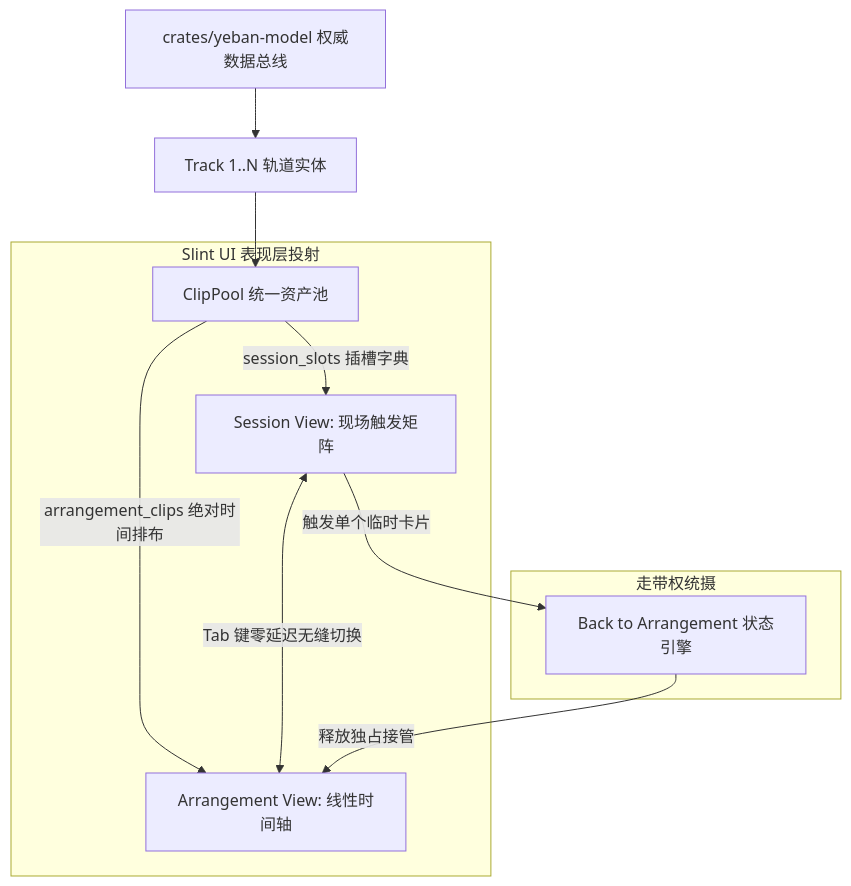
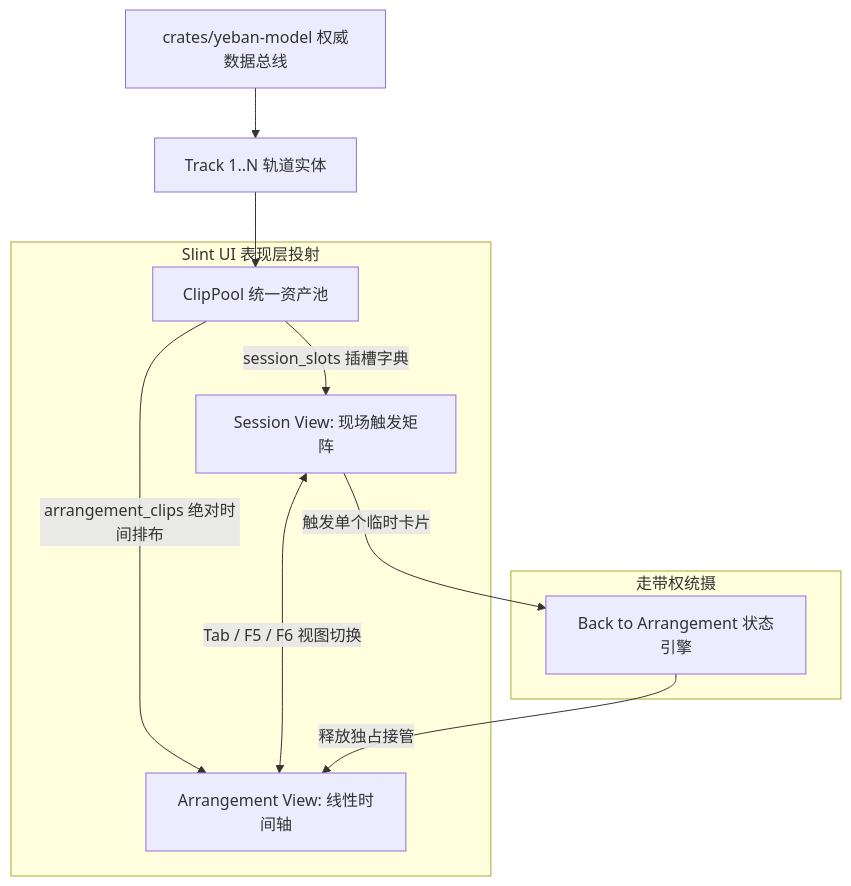
Before and after one commit to gradetwo/yeban: the first of 2 diagrams in GROOVE_V3_DESKTOP_UI_UX_AND_INTERACTION_REDESIGN.md, drawn with Mermaid. The commit also changed other lines of this file and 19 other files, not shown here.

````diff
--- a/GROOVE_V3_DESKTOP_UI_UX_AND_INTERACTION_REDESIGN.md
+++ b/GROOVE_V3_DESKTOP_UI_UX_AND_INTERACTION_REDESIGN.md
@@ -90,18 +108,18 @@
 ```mermaid
 graph TD
     A[crates/yeban-model 权威数据总线] --> B[Track 1..N 轨道实体]
     B --> C[ClipPool 统一资产池]
     
     subgraph Slint UI 表现层投射
         C -->|session_slots 插槽字典| D[Session View: 现场触发矩阵]
         C -->|arrangement_clips 绝对时间排布| E[Arrangement View: 线性时间轴]
     end
     
-    D <-->|Tab 键零延迟无缝切换| E
+    D <-->|Tab / F5 / F6 视图切换| E
     
     subgraph 走带权统摄
         F[Back to Arrangement 状态引擎]
         D -->|触发单个临时卡片| F
         F -->|释放独占接管| E
     end
 ```
````
